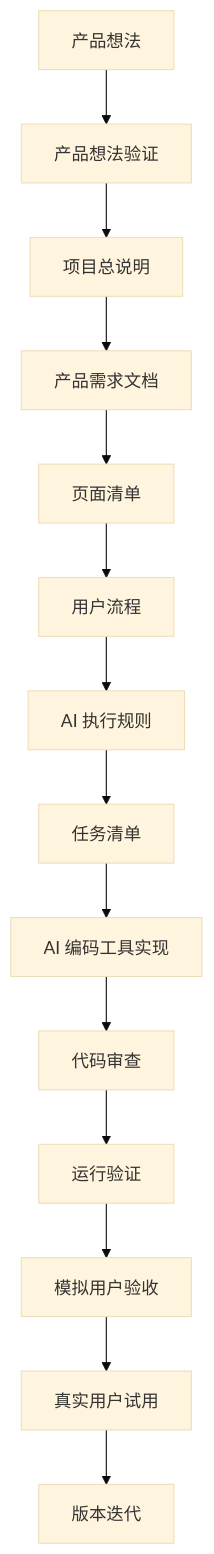
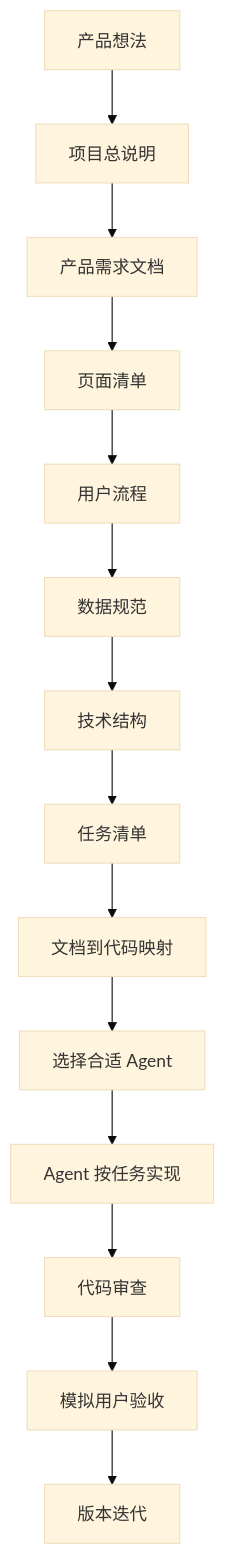
Before and after one commit to zhidao-studio/ai-product-engineering-in-action: the first of 2 diagrams in docs/02_lessons/visual/lesson-01-visual-ai-development-is-engineering.md, drawn with Mermaid (base theme). The commit also changed other lines of this file, not shown here.

````diff
--- a/docs/02_lessons/visual/lesson-01-visual-ai-development-is-engineering.md
+++ b/docs/02_lessons/visual/lesson-01-visual-ai-development-is-engineering.md
@@ -20,16 +20,16 @@
 ```mermaid
 flowchart TD
-    A[产品想法] --> B[产品想法验证]
-    B --> C[项目总说明]
-    C --> D[产品需求文档]
-    D --> E[页面清单]
-    E --> F[用户流程]
-    F --> G[AI 执行规则]
+    A[产品想法] --> B[项目总说明]
+    B --> C[产品需求文档]
+    C --> D[页面清单]
+    D --> E[用户流程]
+    E --> F[数据规范]
+    F --> G[技术结构]
     G --> H[任务清单]
-    H --> I[AI 编码工具实现]
-    I --> J[代码审查]
-    J --> K[运行验证]
-    K --> L[模拟用户验收]
-    L --> M[真实用户试用]
+    H --> I[文档到代码映射]
+    I --> J[选择合适 Agent]
+    J --> K[Agent 按任务实现]
+    K --> L[代码审查]
+    L --> M[模拟用户验收]
     M --> N[版本迭代]
 ```
````
